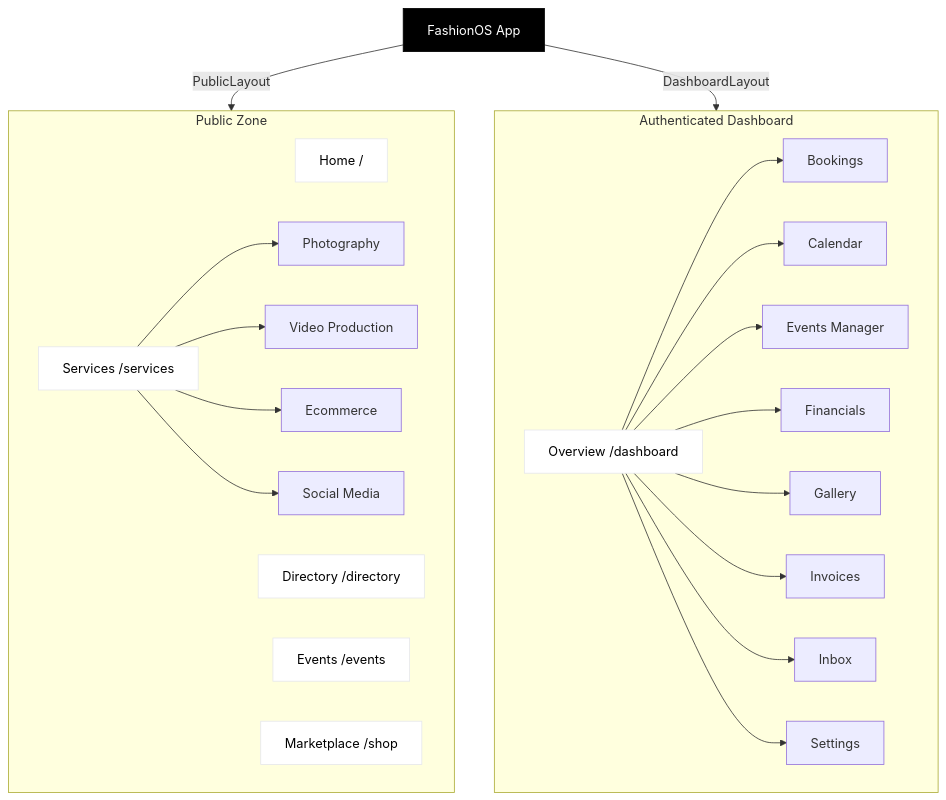
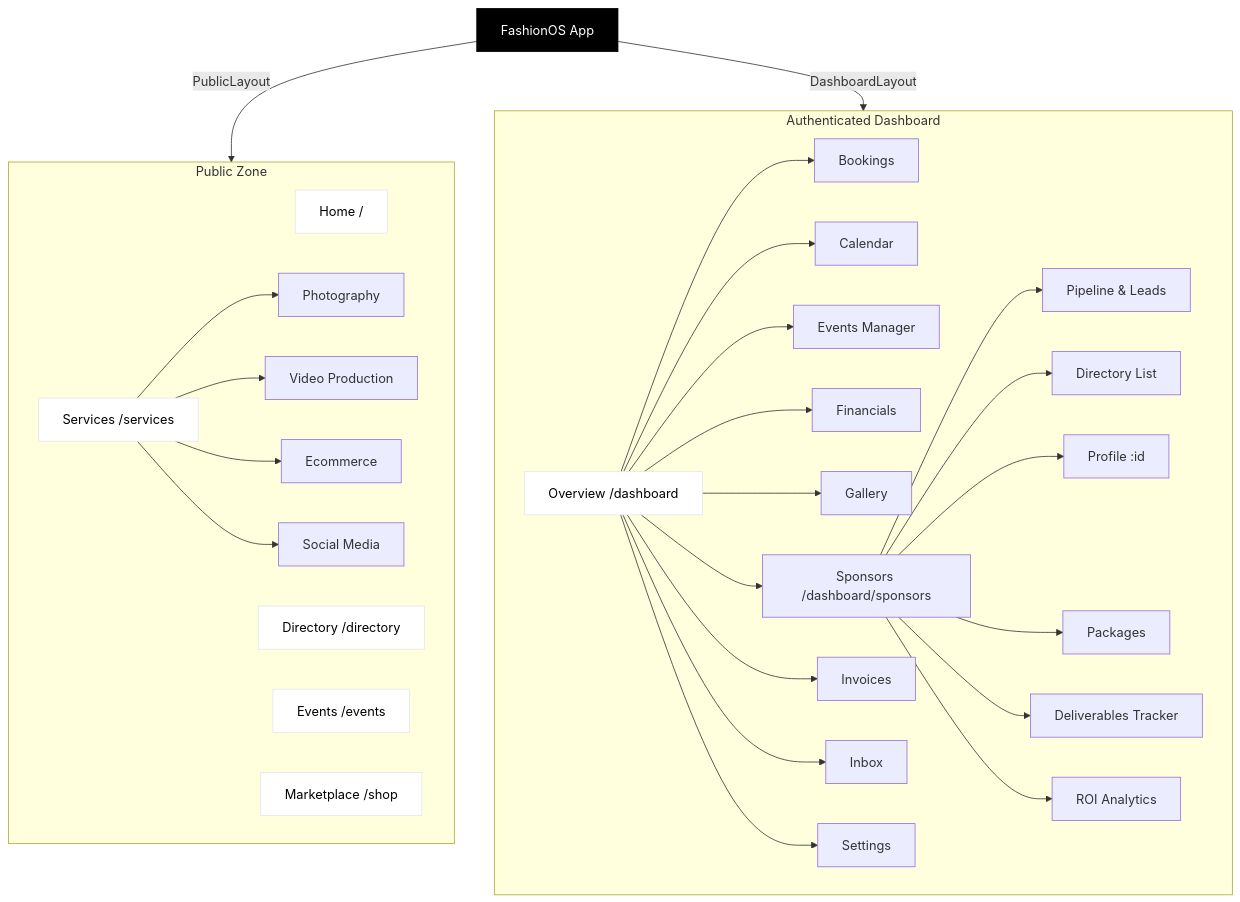
The diagram in docs/sitemap.md (amo-tech-ai/fashionos100), drawn with Mermaid before and after one commit. The commit also changed other lines of this file and 41 other files, not shown here.

````diff
--- a/docs/sitemap.md
+++ b/docs/sitemap.md
@@ -5,43 +6,52 @@
 ```mermaid
 graph TD
     Root[FashionOS App]
     
     %% Public Zone
     Root -->|PublicLayout| Public
     subgraph Public [Public Zone]
         Home[Home /]
         Dir[Directory /directory]
         Evt[Events /events]
         Shop[Marketplace /shop]
         
         Svc[Services /services]
         Svc --> SvcPhoto[Photography]
         Svc --> SvcVideo[Video Production]
         Svc --> SvcEcomm[Ecommerce]
         Svc --> SvcSocial[Social Media]
     end
 
     %% Dashboard Zone
     Root -->|DashboardLayout| Private
     subgraph Private [Authenticated Dashboard]
         Dash[Overview /dashboard]
         
         %% Core Modules
         Dash --> D_Book[Bookings]
         Dash --> D_Cal[Calendar]
         Dash --> D_Evt[Events Manager]
         Dash --> D_Fin[Financials]
         Dash --> D_Gal[Gallery]
         
+        %% Sponsor CRM Module
+        Dash --> Sponsor[Sponsors /dashboard/sponsors]
+        Sponsor --> Sp_Pipe[Pipeline & Leads]
+        Sponsor --> Sp_List[Directory List]
+        Sponsor --> Sp_Detail[Profile :id]
+        Sponsor --> Sp_Pack[Packages]
+        Sponsor --> Sp_Deliv[Deliverables Tracker]
+        Sponsor --> Sp_ROI[ROI Analytics]
+        
         %% Secondary Modules
         Dash --> D_Inv[Invoices]
         Dash --> D_Msg[Inbox]
         Dash --> D_Set[Settings]
     end
     
     %% Style
     classDef primary fill:#000,stroke:#000,color:#fff;
     classDef secondary fill:#fff,stroke:#e5e7eb,color:#000;
     class Root primary;
     class Home,Svc,Dir,Evt,Shop,Dash secondary;
 ```
````
